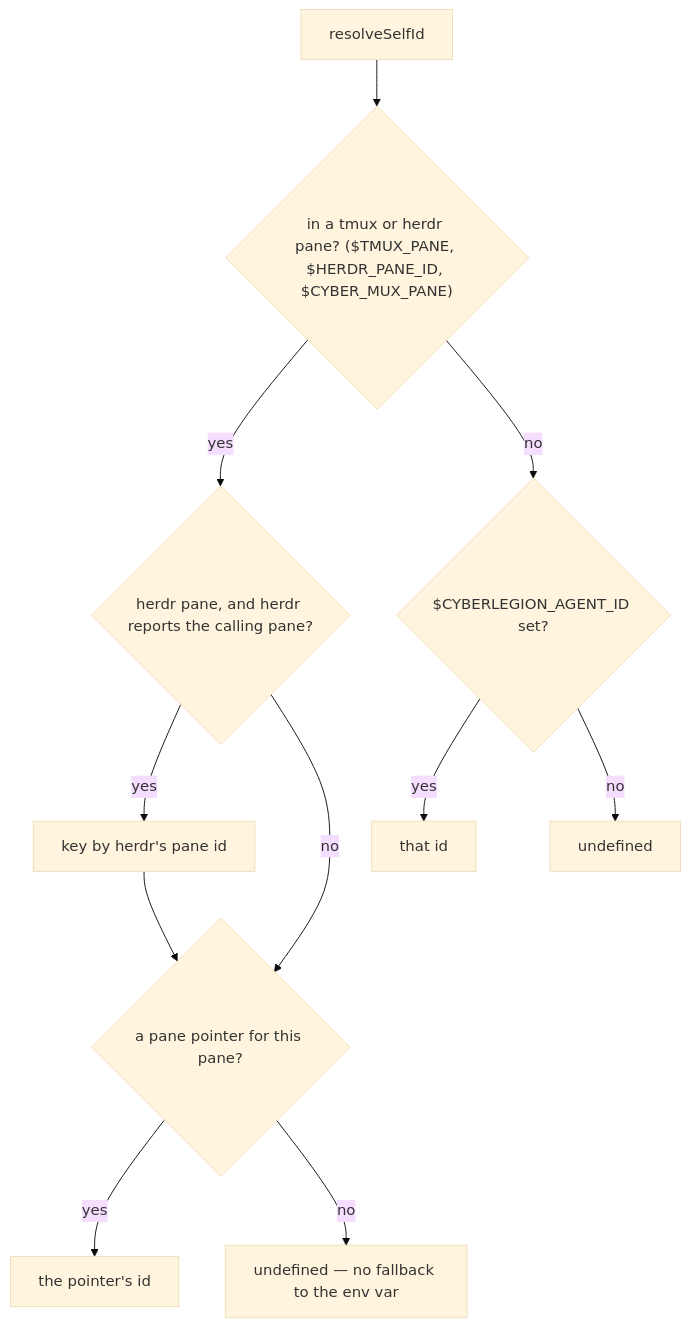
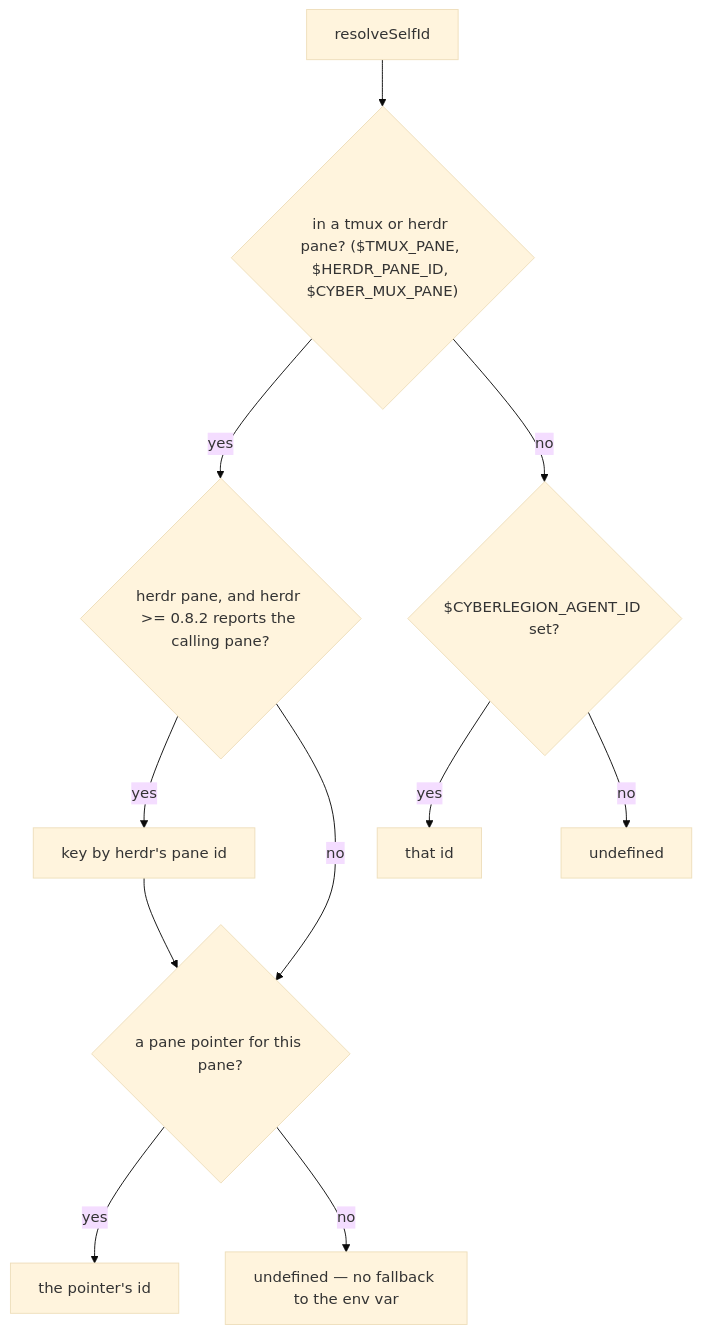
Before and after one commit to cyberuni/cyberlegion: the fourth of 13 diagrams in packages/cyberlegion/.agents/spec/unit/registry/README.md, drawn with Mermaid (base theme). The commit also changed other lines of this file and 5 other files, not shown here.

First line of the commit message:
fix: trust herdr's reported calling pane only on herdr 0.8.2 or later

````diff
--- a/packages/cyberlegion/.agents/spec/unit/registry/README.md
+++ b/packages/cyberlegion/.agents/spec/unit/registry/README.md
@@ -496,12 +499,12 @@
 ```mermaid
 graph TD
   SI0["resolveSelfId"] --> SI1{"in a tmux or herdr pane? ($TMUX_PANE, $HERDR_PANE_ID, $CYBER_MUX_PANE)"}
-  SI1 -- yes --> SIH{"herdr pane, and herdr reports the calling pane?"}
+  SI1 -- yes --> SIH{"herdr pane, and herdr >= 0.8.2 reports the calling pane?"}
   SIH -- yes --> SIHY["key by herdr's pane id"] --> SI2
   SIH -- no --> SI2{"a pane pointer for this pane?"}
   SI2 -- yes --> SI2Y["the pointer's id"]
   SI2 -- no --> SI2N["undefined — no fallback to the env var"]
   SI1 -- no --> SI3{"$CYBERLEGION_AGENT_ID set?"}
   SI3 -- yes --> SI3Y["that id"]
   SI3 -- no --> SI3N["undefined"]
 ```
````
